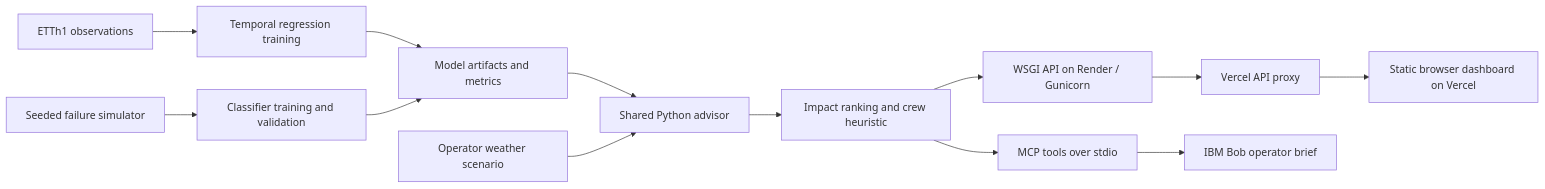
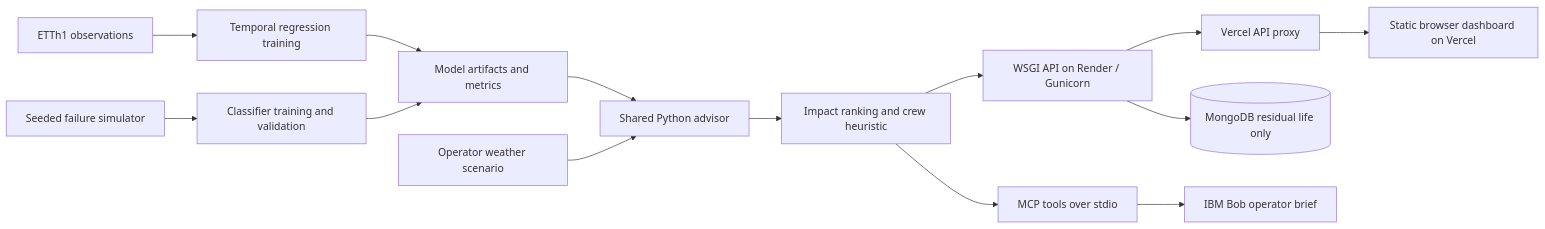
One commit to aryan13102006/bob-ai-hackathon-gridwatch changed the diagram in docs/architecture.md. Above: the diagram before and after it, drawn with Mermaid. The commit also changed other lines of this file and 9 other files, not shown here.

Commit message:
Add compact MongoDB residual life store

````diff
--- a/docs/architecture.md
+++ b/docs/architecture.md
@@ -3,15 +3,16 @@
 ```mermaid
 flowchart LR
   E[ETTh1 observations] --> T[Temporal regression training]
   S[Seeded failure simulator] --> C[Classifier training and validation]
   T --> M[Model artifacts and metrics]
   C --> M
   M --> A[Shared Python advisor]
   W[Operator weather scenario] --> A
   A --> P[Impact ranking and crew heuristic]
   P --> H[WSGI API on Render / Gunicorn]
   H --> V[Vercel API proxy]
+  H --> R[(MongoDB residual life only)]
   V --> D[Static browser dashboard on Vercel]
   P --> MCP[MCP tools over stdio]
   MCP --> B[IBM Bob operator brief]
 ```
````
